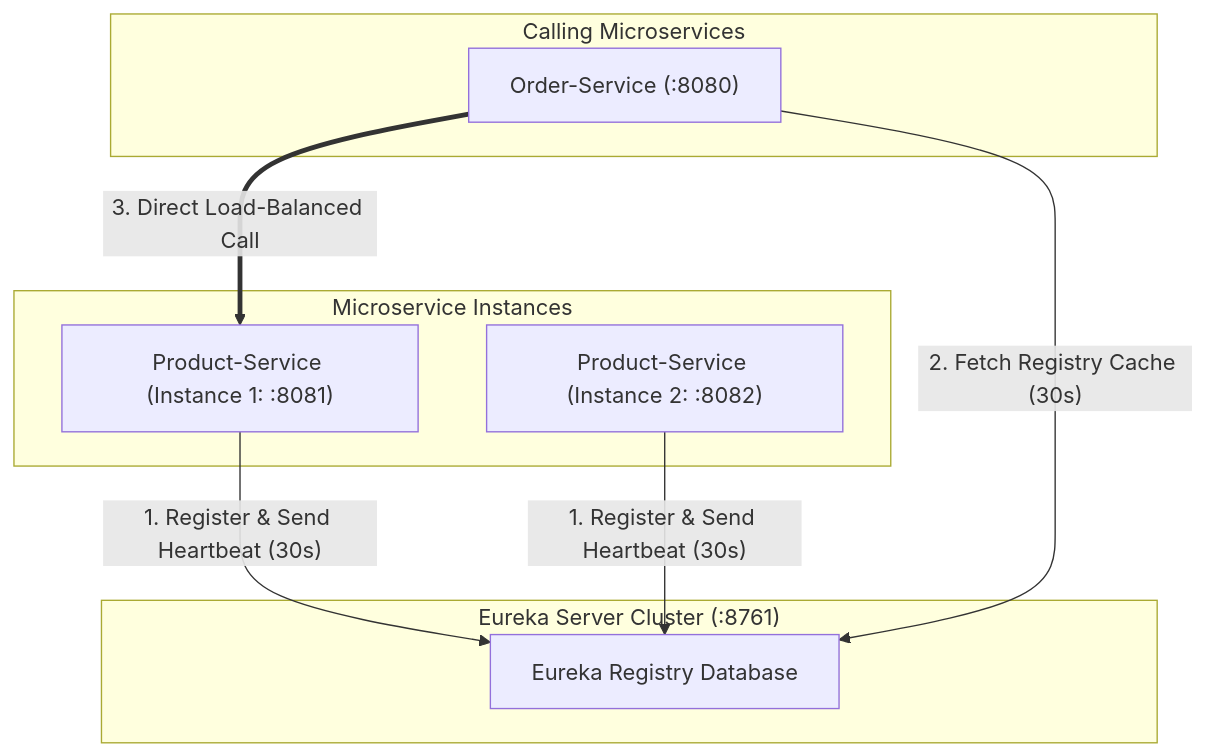
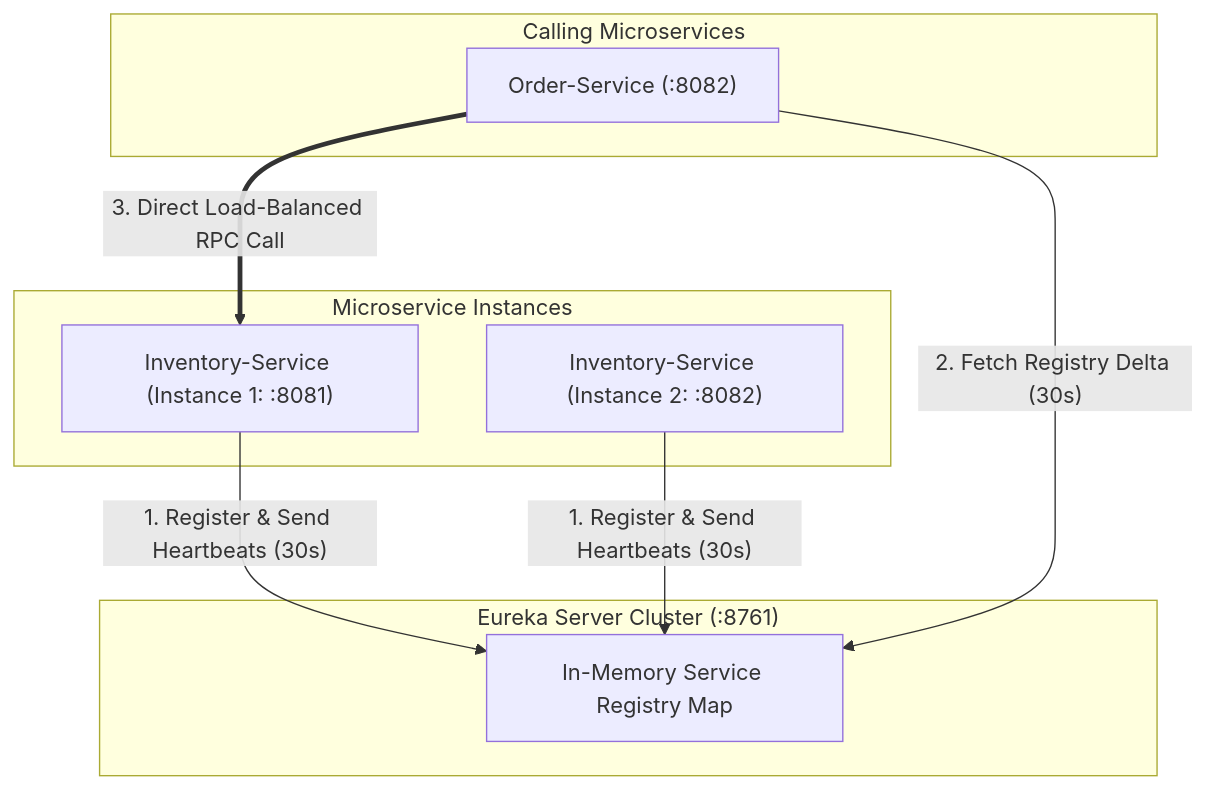
One commit to rohithgowda18/Notes changed the fourth of 9 diagrams in spring-boot-microservices-notes/03-service-discovery.md. Above: the diagram before and after it, drawn with Mermaid. The commit also changed other lines of this file, not shown here.

Commit message:
Expand 03-service-discovery with complete video guide: Startup registration lifecycle, in-memory registry, local cache delta scheduler, DiscoveryClient, heartbeats, eviction, and Feign load balancing internals

````diff
--- a/spring-boot-microservices-notes/03-service-discovery.md
+++ b/spring-boot-microservices-notes/03-service-discovery.md
@@ -81,20 +115,20 @@
 ```mermaid
 flowchart TD
     subgraph Registry ["Eureka Server Cluster (:8761)"]
-        ES[Eureka Registry Database]
+        ES[In-Memory Service Registry Map]
     end
 
     subgraph Producers ["Microservice Instances"]
-        P1["Product-Service (Instance 1: :8081)"]
-        P2["Product-Service (Instance 2: :8082)"]
+        P1["Inventory-Service (Instance 1: :8081)"]
+        P2["Inventory-Service (Instance 2: :8082)"]
     end
 
     subgraph Consumers ["Calling Microservices"]
-        O1["Order-Service (:8080)"]
+        O1["Order-Service (:8082)"]
     end
 
-    P1 -- "1. Register & Send Heartbeat (30s)" --> ES
-    P2 -- "1. Register & Send Heartbeat (30s)" --> ES
-    O1 -- "2. Fetch Registry Cache (30s)" --> ES
-    O1 == "3. Direct Load-Balanced Call" ==> P1
+    P1 -- "1. Register & Send Heartbeats (30s)" --> ES
+    P2 -- "1. Register & Send Heartbeats (30s)" --> ES
+    O1 -- "2. Fetch Registry Delta (30s)" --> ES
+    O1 == "3. Direct Load-Balanced RPC Call" ==> P1
 ```
````
